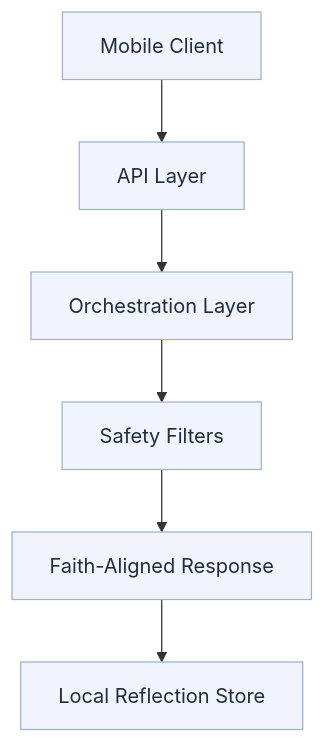
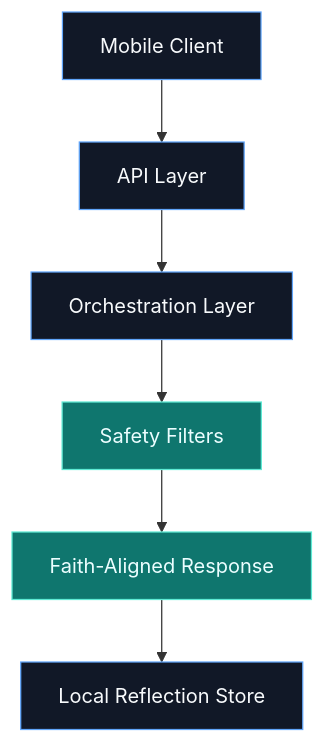
One commit to byteworthy/Qamar changed the third of 3 diagrams in README.md. Above: the diagram before and after it, drawn with Mermaid. The commit also changed other lines of this file, not shown here.

````diff
--- a/README.md
+++ b/README.md
@@ -116,11 +126,13 @@
 ```mermaid
 flowchart TD
   A[Mobile Client] --> B[API Layer]
   B --> C[Orchestration Layer]
   C --> D[Safety Filters]
   D --> E[Faith-Aligned Response]
   E --> F[Local Reflection Store]
 
-  classDef core fill:#f1f5fb,stroke:#9db2ce,color:#1f2d3d;
-  class A,B,C,D,E,F core;
+  classDef core fill:#111827,stroke:#60a5fa,color:#f8fafc;
+  classDef safe fill:#0f766e,stroke:#5eead4,color:#ecfeff;
+  class A,B,C,F core;
+  class D,E safe;
 ```
````
